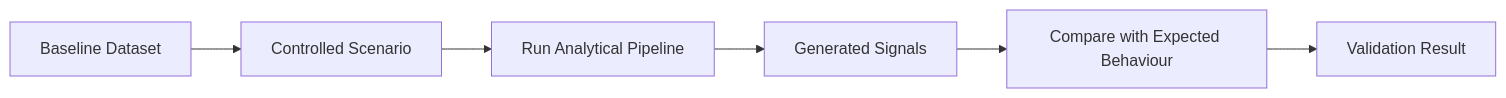
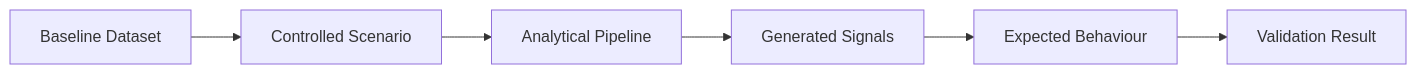
Diagram 14 of 17 in README.md (the-nidhi-bhat/mplads-sentinel), drawn with Mermaid before and after one commit. The commit also changed other lines of this file, not shown here.

````diff
--- a/README.md
+++ b/README.md
@@ -564,8 +503,8 @@
 ```mermaid
 flowchart LR
     A["Baseline Dataset"] --> B["Controlled Scenario"]
-    B --> C["Run Analytical Pipeline"]
+    B --> C["Analytical Pipeline"]
     C --> D["Generated Signals"]
-    D --> E["Compare with Expected Behaviour"]
+    D --> E["Expected Behaviour"]
     E --> F["Validation Result"]
 ```
````
